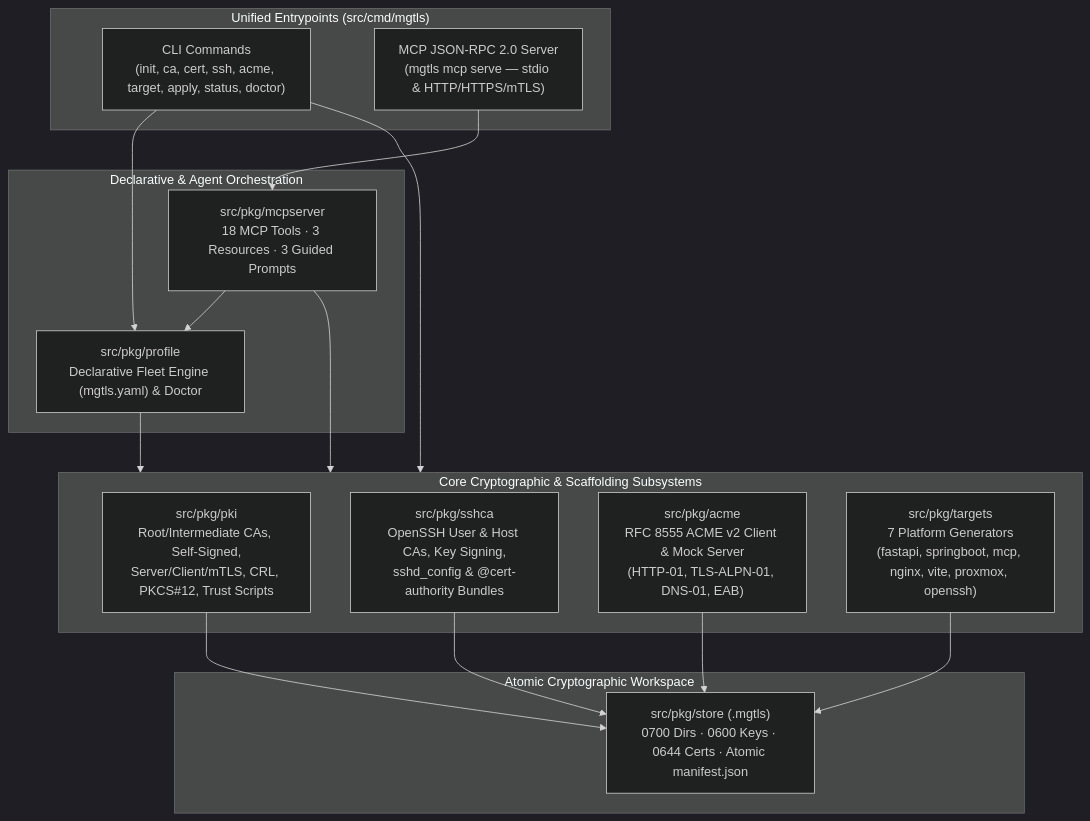
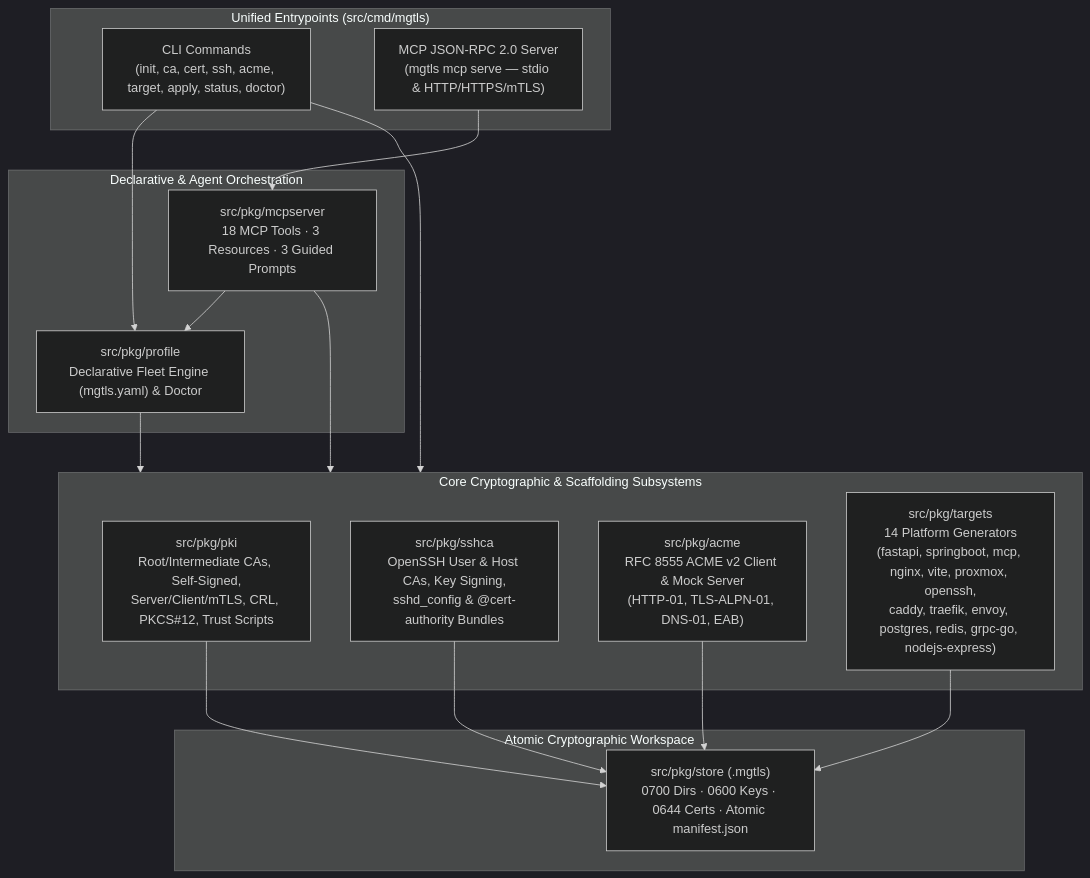
Before and after one commit to bsommers/mgtls: the diagram in README.md, drawn with Mermaid (dark theme). The commit also changed other lines of this file and 11 other files, not shown here.

Commit message:
feat(targets): expand target generators to 14 platforms (caddy, traefik, envoy, postgres, redis, grpc-go, nodejs-express)

````diff
--- a/README.md
+++ b/README.md
@@ -116,34 +116,34 @@
 ```mermaid
 flowchart TD
     subgraph Entrypoints["Unified Entrypoints (src/cmd/mgtls)"]
         CLI["CLI Commands\n(init, ca, cert, ssh, acme, target, apply, status, doctor)"]
         MCP["MCP JSON-RPC 2.0 Server\n(mgtls mcp serve — stdio & HTTP/HTTPS/mTLS)"]
     end
 
     subgraph Orchestration["Declarative & Agent Orchestration"]
         Profile["src/pkg/profile\nDeclarative Fleet Engine (mgtls.yaml) & Doctor"]
         MCPServer["src/pkg/mcpserver\n18 MCP Tools · 3 Resources · 3 Guided Prompts"]
     end
 
     subgraph Subsystems["Core Cryptographic & Scaffolding Subsystems"]
         PKI["src/pkg/pki\nRoot/Intermediate CAs, Self-Signed,\nServer/Client/mTLS, CRL, PKCS#12, Trust Scripts"]
         SSHCA["src/pkg/sshca\nOpenSSH User & Host CAs, Key Signing,\nsshd_config & @cert-authority Bundles"]
         ACME["src/pkg/acme\nRFC 8555 ACME v2 Client & Mock Server\n(HTTP-01, TLS-ALPN-01, DNS-01, EAB)"]
-        Targets["src/pkg/targets\n7 Platform Generators\n(fastapi, springboot, mcp, nginx, vite, proxmox, openssh)"]
+        Targets["src/pkg/targets\n14 Platform Generators\n(fastapi, springboot, mcp, nginx, vite, proxmox, openssh,\ncaddy, traefik, envoy, postgres, redis, grpc-go, nodejs-express)"]
     end
 
     subgraph Storage["Atomic Cryptographic Workspace"]
         Store["src/pkg/store (.mgtls)\n0700 Dirs · 0600 Keys · 0644 Certs · Atomic manifest.json"]
     end
 
     CLI --> Profile
     CLI --> Subsystems
     MCP --> MCPServer
     MCPServer --> Profile
     MCPServer --> Subsystems
     Profile --> Subsystems
     PKI --> Store
     SSHCA --> Store
     ACME --> Store
     Targets --> Store
 ```
````
